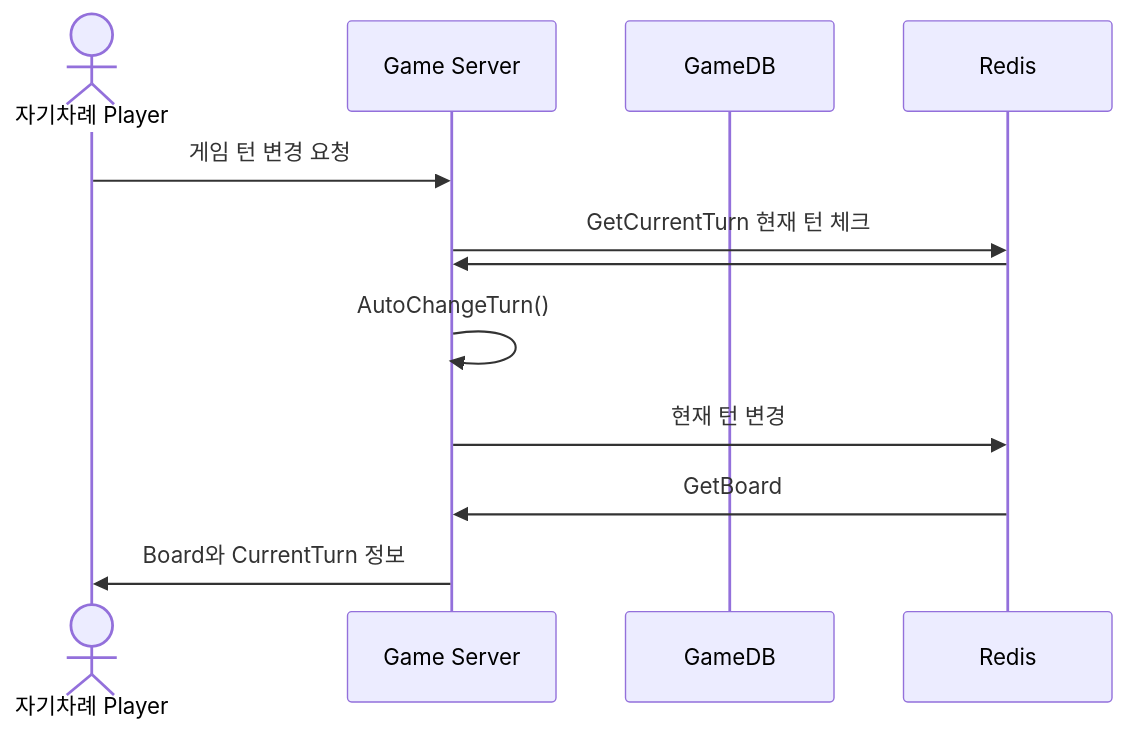
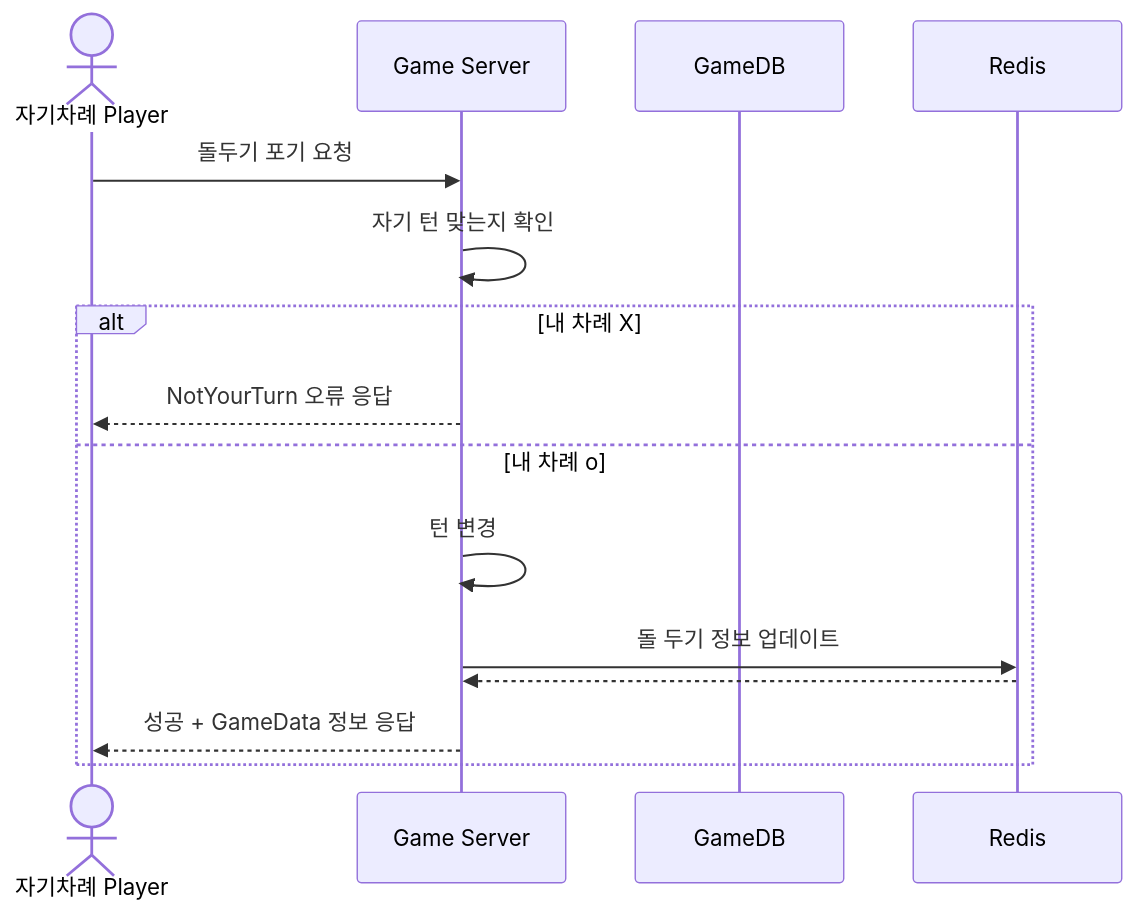
The second of 4 diagrams in SequenceDiagram/GamePlay.md (yujinS0/Omok-Game), drawn with Mermaid before and after one commit. The commit also changed other lines of this file, not shown here.

````diff
--- a/SequenceDiagram/GamePlay.md
+++ b/SequenceDiagram/GamePlay.md
@@ -39,16 +39,19 @@
 ```mermaid
 sequenceDiagram
 	actor P as 자기차례 Player
 	participant G as Game Server
 	participant GD as GameDB
   	participant R as Redis
 
-	P ->> G : 게임 턴 변경 요청
-	G ->> R : GetCurrentTurn 현재 턴 체크
-  	R ->> G : 
-	G ->> G : AutoChangeTurn()
-	G ->> R : 현재 턴 변경
-	R ->> G  : GetBoard
-	G ->> P : Board와 CurrentTurn 정보
+	P ->> G : 돌두기 포기 요청
+	G ->> G : 자기 턴 맞는지 확인
+	alt 내 차례 X
+		G-->>P: NotYourTurn 오류 응답
+	else 내 차례 o
+		G ->> G : 턴 변경
+		G ->> R : 돌 두기 정보 업데이트
+		R -->> G :  
+	  	G -->> P : 성공 + GameData 정보 응답
+	end
 
 ```
````
